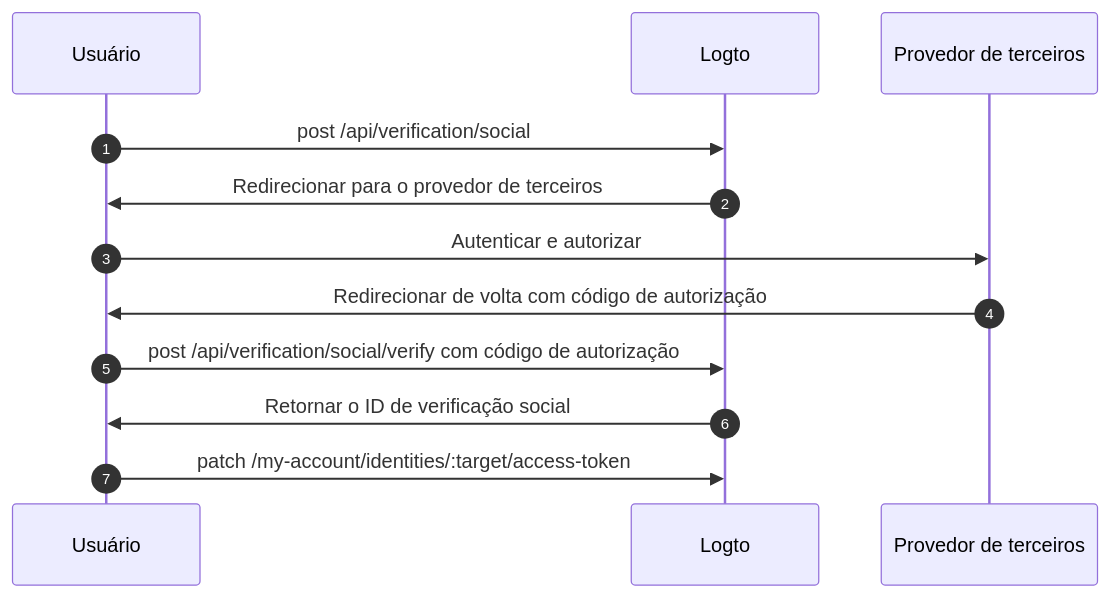
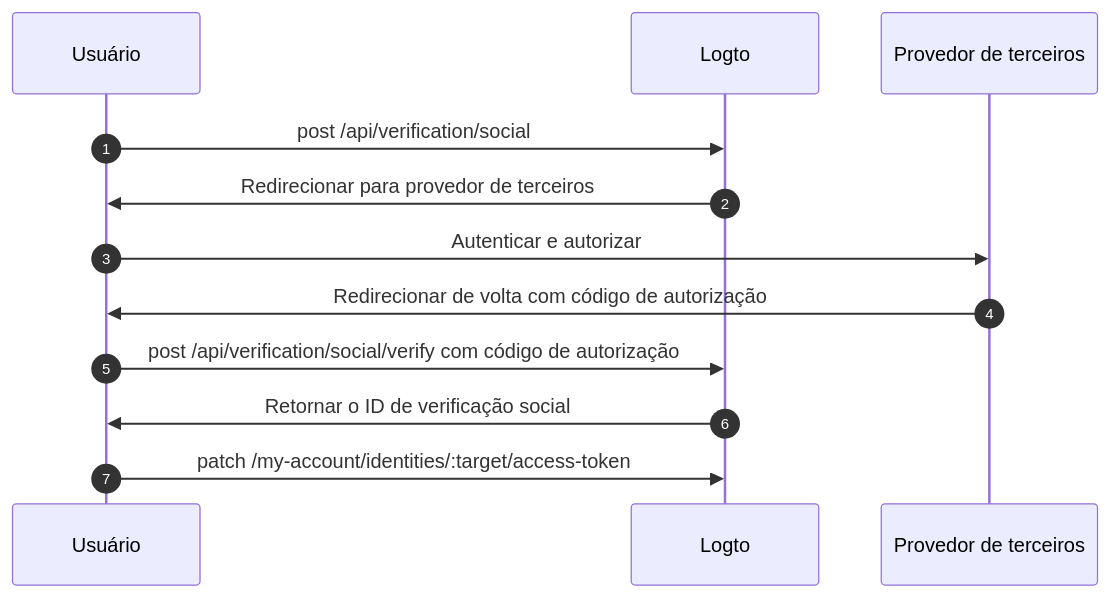
Before and after one commit to logto-io/docs: the diagram in i18n/pt-BR/docusaurus-plugin-content-docs/current/secret-vault/federated-token-set.mdx, drawn with Mermaid. The commit also changed other lines of this file and 200 other files, not shown here.

````diff
--- a/i18n/pt-BR/docusaurus-plugin-content-docs/current/secret-vault/federated-token-set.mdx
+++ b/i18n/pt-BR/docusaurus-plugin-content-docs/current/secret-vault/federated-token-set.mdx
@@ -146,16 +146,16 @@
 ```mermaid
 sequenceDiagram
     autonumber
 
     participant User as Usuário
     participant Logto as Logto
     participant Provider as Provedor de terceiros
 
     User->>Logto: post /api/verification/social
-    Logto->>User: Redirecionar para o provedor de terceiros
+    Logto->>User: Redirecionar para provedor de terceiros
     User->>Provider: Autenticar e autorizar
     Provider->>User: Redirecionar de volta com código de autorização
     User->>Logto: post /api/verification/social/verify com código de autorização
     Logto->>User: Retornar o ID de verificação social
     User->>Logto: patch /my-account/identities/:target/access-token
 ```
````
